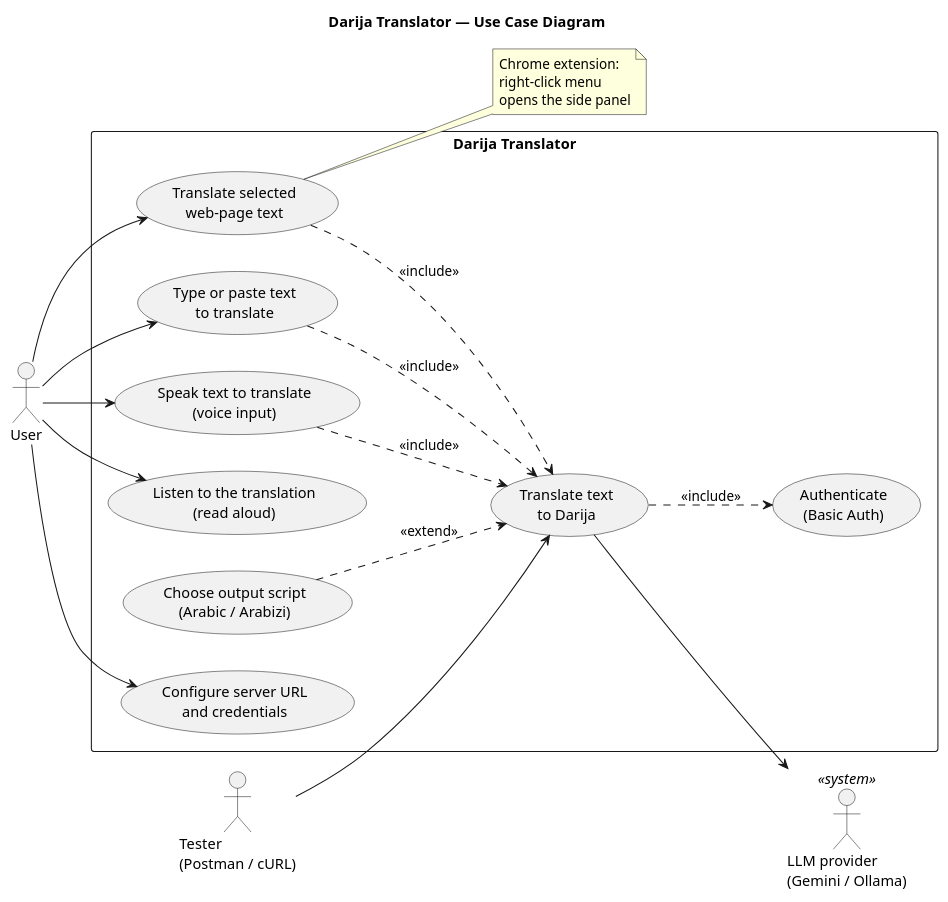
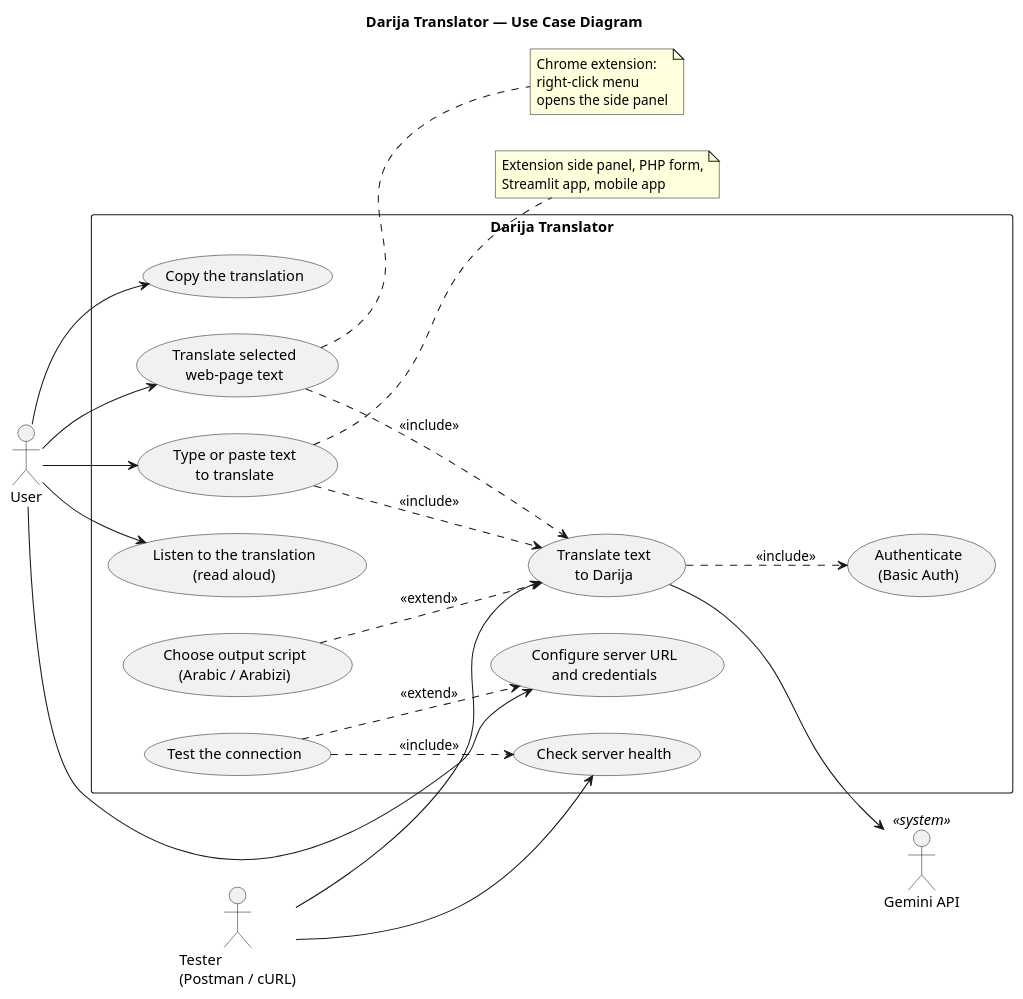
One commit to bashirmouri/darija-translator changed the diagram in docs/use-case-diagram.puml. Above: the diagram before and after it, drawn with PlantUML. The commit also changed 3 other files, not shown here.

First line of the commit message:
docs: sync UML diagrams with the final code

```diff
--- a/docs/use-case-diagram.puml
+++ b/docs/use-case-diagram.puml
@@ -1,42 +1,51 @@
 @startuml use-case-diagram
 ' Darija Translator — use case diagram
 skinparam shadowing false
 skinparam packageStyle rectangle
 left to right direction
 title Darija Translator — Use Case Diagram
 
 actor "User" as user
 actor "Tester\n(Postman / cURL)" as tester
-actor "LLM provider\n(Gemini / Ollama)" as llm <<system>>
+actor "Gemini API" as llm <<system>>
 
 rectangle "Darija Translator" {
   usecase "Translate text\nto Darija" as UC_translate
   usecase "Translate selected\nweb-page text" as UC_select
   usecase "Type or paste text\nto translate" as UC_type
-  usecase "Speak text to translate\n(voice input)" as UC_voice
   usecase "Listen to the translation\n(read aloud)" as UC_listen
+  usecase "Copy the translation" as UC_copy
   usecase "Choose output script\n(Arabic / Arabizi)" as UC_script
   usecase "Configure server URL\nand credentials" as UC_config
+  usecase "Test the connection" as UC_test
   usecase "Authenticate\n(Basic Auth)" as UC_auth
+  usecase "Check server health" as UC_health
 }
 
 user --> UC_select
 user --> UC_type
-user --> UC_voice
 user --> UC_listen
+user --> UC_copy
 user --> UC_config
 tester --> UC_translate
+tester --> UC_health
 
 UC_select ..> UC_translate : <<include>>
 UC_type ..> UC_translate : <<include>>
-UC_voice ..> UC_translate : <<include>>
 UC_script ..> UC_translate : <<extend>>
+UC_test ..> UC_config : <<extend>>
+UC_test ..> UC_health : <<include>>
 UC_translate ..> UC_auth : <<include>>
 UC_translate --> llm
 
 note right of UC_select
   Chrome extension:
   right-click menu
   opens the side panel
 end note
+
+note right of UC_type
+  Extension side panel, PHP form,
+  Streamlit app, mobile app
+end note
 @enduml
```
